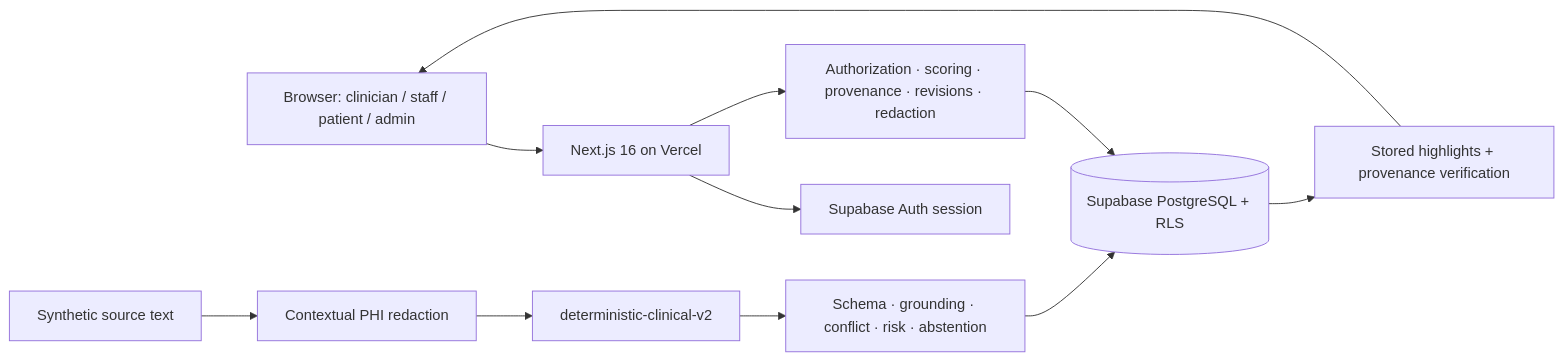
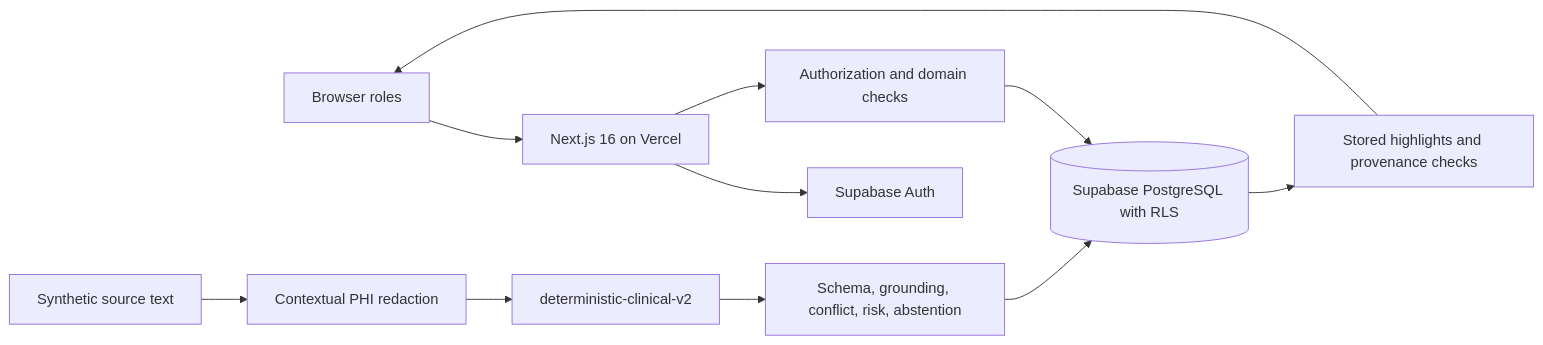
One commit to Alan22886/nightingale-care-note changed the first of 2 diagrams in docs/TECHNICAL_BRIEF.md. Above: the diagram before and after it, drawn with Mermaid. The commit also changed other lines of this file and 1 other file, not shown here.

````diff
--- a/docs/TECHNICAL_BRIEF.md
+++ b/docs/TECHNICAL_BRIEF.md
@@ -69,13 +80,13 @@
 ```mermaid
 flowchart LR
-  UI[Browser: clinician / staff / patient / admin] --> NEXT[Next.js 16 on Vercel]
-  NEXT --> AUTH[Supabase Auth session]
-  NEXT --> DOMAIN[Authorization · scoring · provenance · revisions · redaction]
-  DOMAIN --> DB[(Supabase PostgreSQL + RLS)]
+  UI[Browser roles] --> NEXT[Next.js 16 on Vercel]
+  NEXT --> AUTH[Supabase Auth]
+  NEXT --> DOMAIN[Authorization and domain checks]
+  DOMAIN --> DB[(Supabase PostgreSQL with RLS)]
   SOURCE[Synthetic source text] --> REDACT[Contextual PHI redaction]
   REDACT --> PROVIDER[deterministic-clinical-v2]
-  PROVIDER --> GATE[Schema · grounding · conflict · risk · abstention]
+  PROVIDER --> GATE[Schema, grounding, conflict, risk, abstention]
   GATE --> DB
-  DB --> VERIFY[Stored highlights + provenance verification]
+  DB --> VERIFY[Stored highlights and provenance checks]
   VERIFY --> UI
 ```
````
